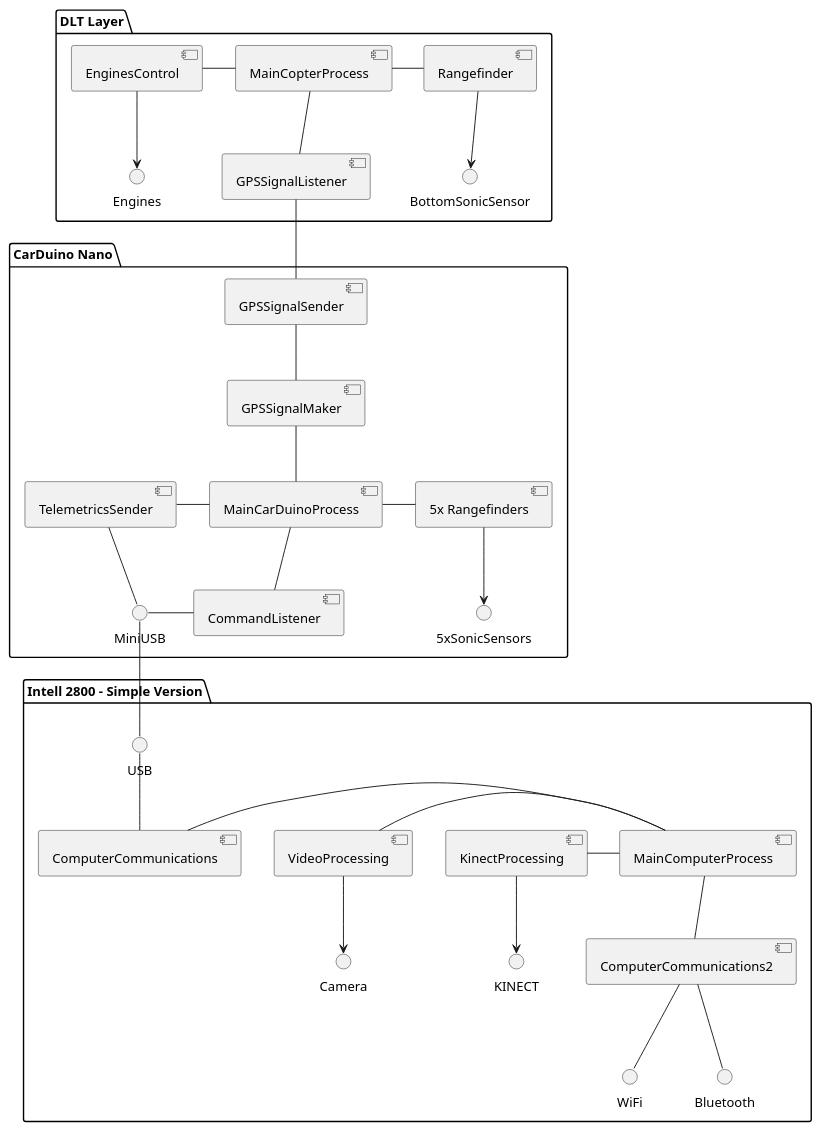
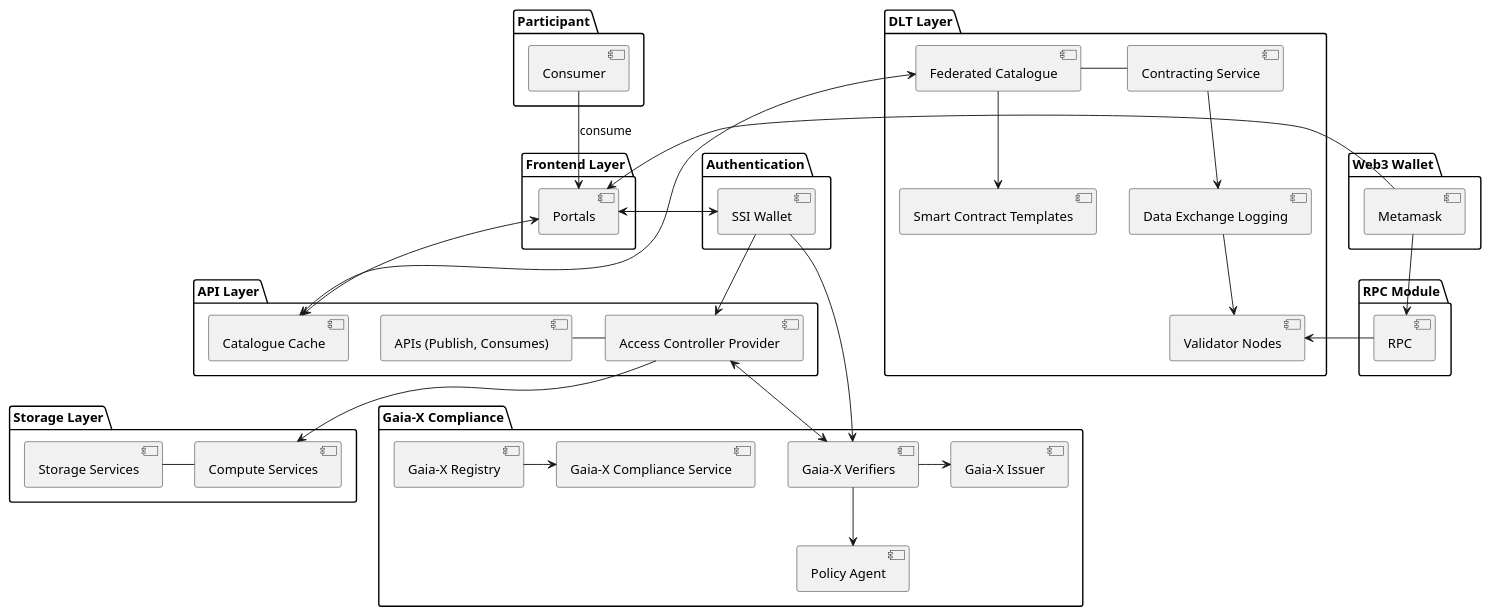
One commit to deltaDAO/files changed the diagram in Architecture Designspace/moveid_portal.puml. Above: the diagram before and after it, drawn with PlantUML.

```diff
--- a/Architecture Designspace/moveid_portal.puml
+++ b/Architecture Designspace/moveid_portal.puml
@@ -1,32 +1,50 @@
 @startuml
+top to bottom direction
+package "Participant" {
+  [Consumer]
+}
+package "Frontend Layer" {
+  [Portals]
+}
+package "Web3 Wallet" {
+  [Metamask]
+}
+package "RPC Module" {
+  [RPC]
+}
+package "Authentication" {
+  [SSI Wallet]
+}
+package "API Layer" {
+  [APIs (Publish, Consumes)] - [Access Controller Provider]
+  [Catalogue Cache]
+}
+package "Storage Layer" {
+  [Storage Services] - [Compute Services]
+[Access Controller Provider]-d->[Compute Services]
+}
 package "DLT Layer" {
-  [EnginesControl] -down-> Engines
-  [EnginesControl] - [MainCopterProcess]
-  [MainCopterProcess] - [Rangefinder]
-  [Rangefinder] -down-> BottomSonicSensor
-  [MainCopterProcess] -down- [GPSSignalListener]
+  [Contracting Service] - [Federated Catalogue]
+  [Contracting Service]-down->[Data Exchange Logging]
+  [Data Exchange Logging] -down-> [Validator Nodes]
+  [Federated Catalogue] -down-> [Smart Contract Templates]
 }
-package "CarDuino Nano" {
-  [GPSSignalMaker] -down- [MainCarDuinoProcess]
-  [MainCarDuinoProcess] -down- [CommandListener]
-  [GPSSignalMaker] -up- [GPSSignalSender]
-  [MainCarDuinoProcess] - [5x Rangefinders]
-  [5x Rangefinders] -down-> 5xSonicSensors
-  [TelemetricsSender] - [MainCarDuinoProcess]
-  [TelemetricsSender] -down- MiniUSB
-  [CommandListener] -left- MiniUSB
+package "Gaia-X Compliance" {
+  [Gaia-X Verifiers] -down-> [Policy Agent]
+  [Gaia-X Verifiers]-right->[Gaia-X Issuer]
+  [Gaia-X Registry] -right-> [Gaia-X Compliance Service]
 }
-package "Intell 2800 - Simple Version" {
-  [ComputerCommunications] -up- USB
-  [ComputerCommunications] - [MainComputerProcess]
-  [KinectProcessing] -down-> KINECT
-  [KinectProcessing] - [MainComputerProcess]
-  [VideoProcessing] -down-> Camera
-  [VideoProcessing] - [MainComputerProcess] 
-  [ComputerCommunications2] -up- [MainComputerProcess]
-  [ComputerCommunications2] -down- WiFi
-  [ComputerCommunications2] -down- Bluetooth
-}
-[GPSSignalListener] -down- [GPSSignalSender]
-USB -up- MiniUSB
+
+Consumer -d-> Portals : consume
+Metamask -r-> Portals
+Metamask -d-> RPC
+RPC -r-> [Validator Nodes]
+Portals -r-> [SSI Wallet]
+[SSI Wallet] -r-> [Access Controller Provider]
+[SSI Wallet] -r-> Portals
+Portals <-d-> [Catalogue Cache]
+[Federated Catalogue] <-d-> [Catalogue Cache]
+[Access Controller Provider] <-d-> [Gaia-X Verifiers]
+[SSI Wallet] -d-> [Gaia-X Verifiers]
+
 @enduml
```
